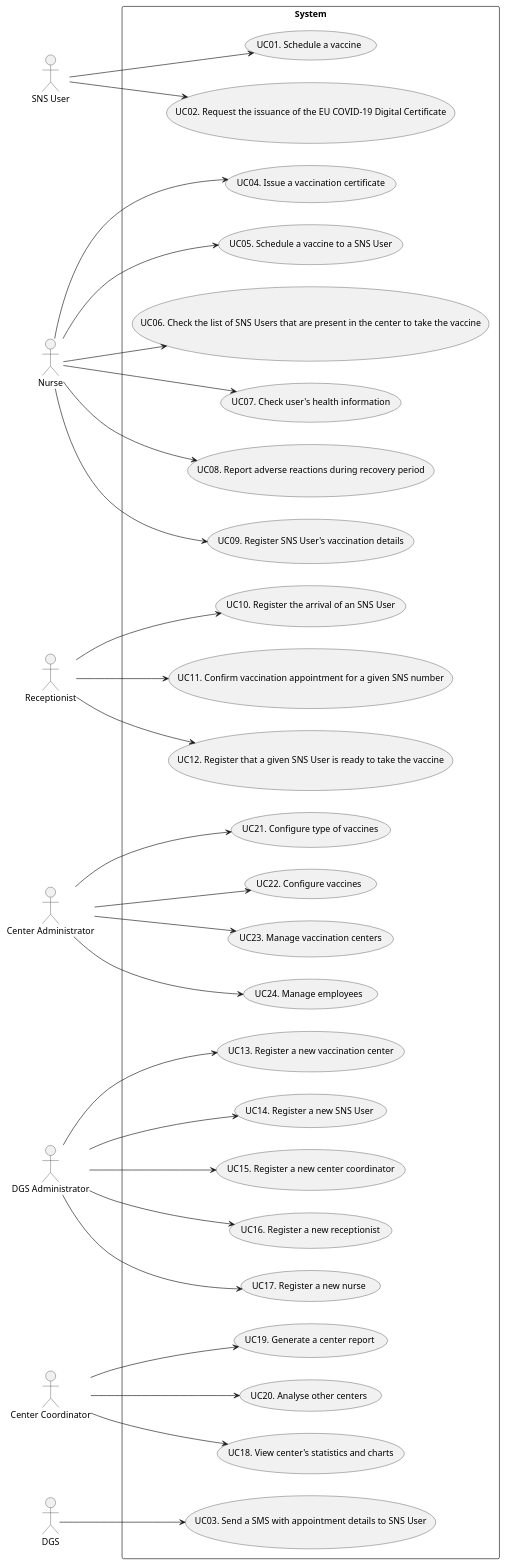
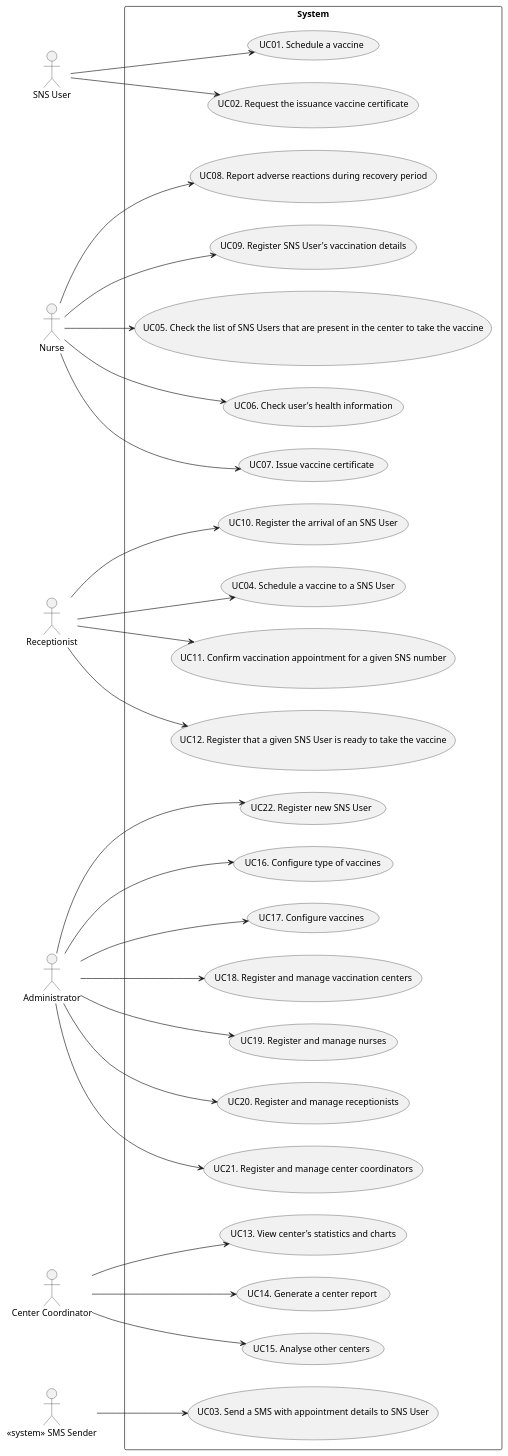
Before and after one commit to miseEnPlace-i/lapr2: the diagram in docs/SprintA/UCD.puml, drawn with PlantUML. The commit also changed 1 other file, not shown here.

```diff
--- a/docs/SprintA/UCD.puml
+++ b/docs/SprintA/UCD.puml
@@ -1,65 +1,60 @@
 @startuml UCD
 
 left to right direction
 
 actor "SNS User" as user
 actor "Nurse" as nurse
 actor "Receptionist" as recept
-actor "Center Administrator" as cadmin
-actor "DGS Administrator" as dgsadmin
+actor "Administrator" as admin
 actor "Center Coordinator" as coordinator
-actor "DGS" as dgs
+actor "<< system >> SMS Sender" as dgs
 
 rectangle System {
   usecase "UC01. Schedule a vaccine" as UC01
-  usecase "UC02. Request the issuance of the EU COVID-19 Digital Certificate" as UC02
+  usecase "UC02. Request the issuance vaccine certificate" as UC02
   usecase "UC03. Send a SMS with appointment details to SNS User" as UC03
-  usecase "UC04. Issue a vaccination certificate" as UC04
-  usecase "UC05. Schedule a vaccine to a SNS User" as UC05
-  usecase "UC06. Check the list of SNS Users that are present in the center to take the vaccine" as UC06
-  usecase "UC07. Check user's health information" as UC07
+  usecase "UC04. Schedule a vaccine to a SNS User" as UC04
+  usecase "UC05. Check the list of SNS Users that are present in the center to take the vaccine" as UC05
+  usecase "UC06. Check user's health information" as UC06
+  usecase "UC07. Issue vaccine certificate" as UC07
   usecase "UC08. Report adverse reactions during recovery period" as UC08
   usecase "UC09. Register SNS User's vaccination details" as UC09
   usecase "UC10. Register the arrival of an SNS User" as UC10
   usecase "UC11. Confirm vaccination appointment for a given SNS number" as UC11
   usecase "UC12. Register that a given SNS User is ready to take the vaccine" as UC12
-  usecase "UC13. Register a new vaccination center" as UC13
-  usecase "UC14. Register a new SNS User" as UC14
-  usecase "UC15. Register a new center coordinator" as UC15
-  usecase "UC16. Register a new receptionist" as UC16
-  usecase "UC17. Register a new nurse" as UC17
-  usecase "UC18. View center's statistics and charts" as UC18
-  usecase "UC19. Generate a center report" as UC19
-  usecase "UC20. Analyse other centers" as UC20
-  usecase "UC21. Configure type of vaccines" as UC21
-  usecase "UC22. Configure vaccines" as UC22
-  usecase "UC23. Manage vaccination centers" as UC23
-  usecase "UC24. Manage employees" as UC24
+  usecase "UC13. View center's statistics and charts" as UC13
+  usecase "UC14. Generate a center report" as UC14
+  usecase "UC15. Analyse other centers" as UC15
+  usecase "UC16. Configure type of vaccines" as UC16
+  usecase "UC17. Configure vaccines" as UC17
+  usecase "UC18. Register and manage vaccination centers" as UC18
+  usecase "UC19. Register and manage nurses" as UC19
+  usecase "UC20. Register and manage receptionists" as UC20
+  usecase "UC21. Register and manage center coordinators" as UC21
+  usecase "UC22. Register new SNS User" as UC22
 }
 
 user --> UC01
 user --> UC02
 dgs --> UC03
-nurse --> UC04
+recept --> UC04
 nurse --> UC05
 nurse --> UC06
 nurse --> UC07
 nurse --> UC08
 nurse --> UC09
 recept --> UC10
 recept --> UC11
 recept --> UC12
-dgsadmin --> UC13
-dgsadmin --> UC14
-dgsadmin --> UC15
-dgsadmin --> UC16
-dgsadmin --> UC17
-coordinator --> UC18
-coordinator --> UC19
-coordinator --> UC20
-cadmin --> UC21
-cadmin --> UC22
-cadmin --> UC23
-cadmin --> UC24
+coordinator --> UC13
+coordinator --> UC14
+coordinator --> UC15
+admin --> UC16
+admin --> UC17
+admin --> UC18
+admin --> UC19
+admin --> UC20
+admin --> UC21
+admin --> UC22
 
 @enduml
```
